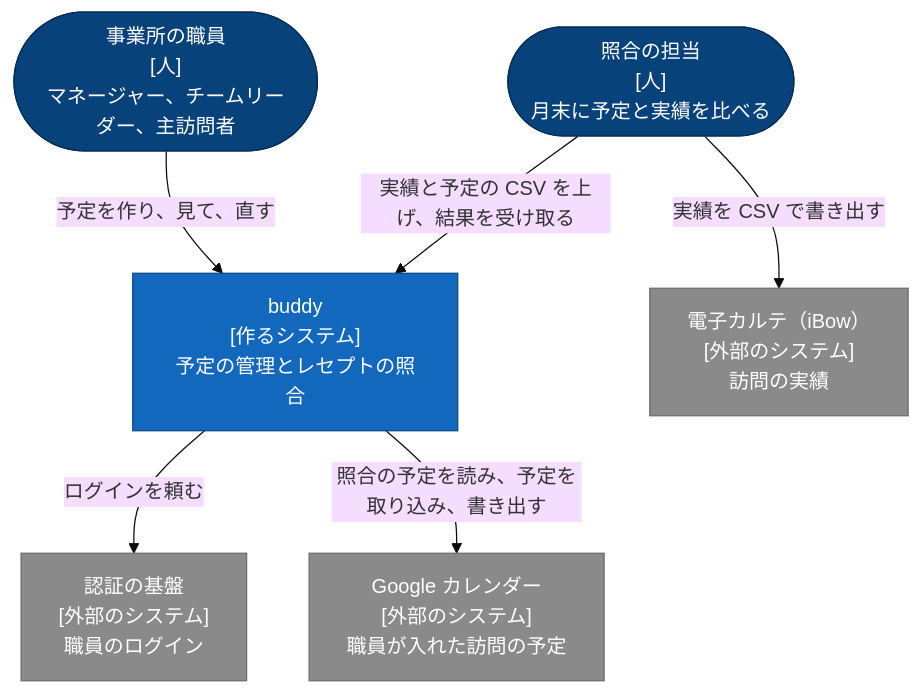
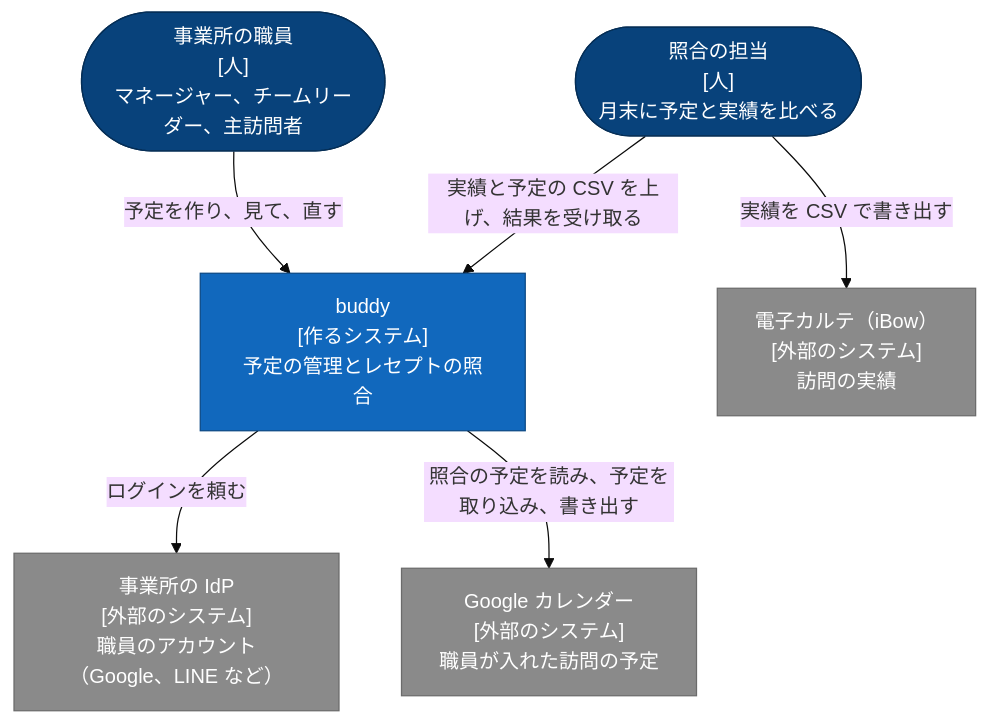
Before and after one commit to Fukuemon/buddy: the second of 2 diagrams in docs/PRD.md, drawn with Mermaid (base theme). The commit also changed other lines of this file and 23 other files, not shown here.

````diff
--- a/docs/PRD.md
+++ b/docs/PRD.md
@@ -156,20 +156,20 @@
 ```mermaid
 flowchart TB
   staff(["事業所の職員<br/>[人]<br/>マネージャー、チームリーダー、主訪問者"])
   checker(["照合の担当<br/>[人]<br/>月末に予定と実績を比べる"])
   buddy["buddy<br/>[作るシステム]<br/>予定の管理とレセプトの照合"]
-  idp["認証の基盤<br/>[外部のシステム]<br/>職員のログイン"]
+  idp["事業所の IdP<br/>[外部のシステム]<br/>職員のアカウント（Google、LINE など）"]
   gcal["Google カレンダー<br/>[外部のシステム]<br/>職員が入れた訪問の予定"]
   emr["電子カルテ（iBow）<br/>[外部のシステム]<br/>訪問の実績"]
   staff -- "予定を作り、見て、直す" --> buddy
   checker -- "実績と予定の CSV を上げ、結果を受け取る" --> buddy
   checker -- "実績を CSV で書き出す" --> emr
   buddy -- "ログインを頼む" --> idp
   buddy -- "照合の予定を読み、予定を取り込み、書き出す" --> gcal
   classDef person fill:#08427b,stroke:#052e56,color:#fff
   classDef system fill:#1168bd,stroke:#0b4884,color:#fff
   classDef external fill:#8a8a8a,stroke:#6b6b6b,color:#fff
   class staff,checker person
   class buddy system
   class idp,gcal,emr external
 ```
````
